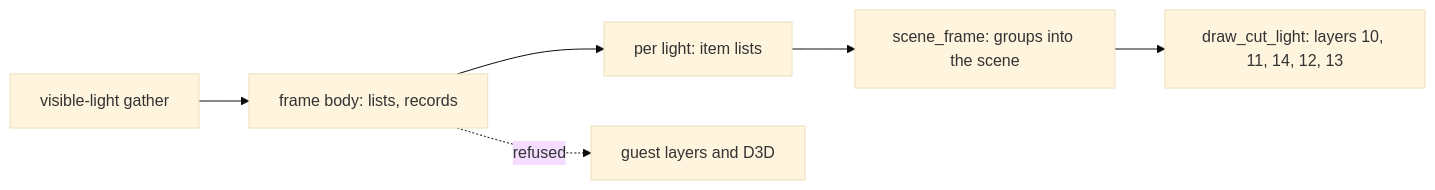
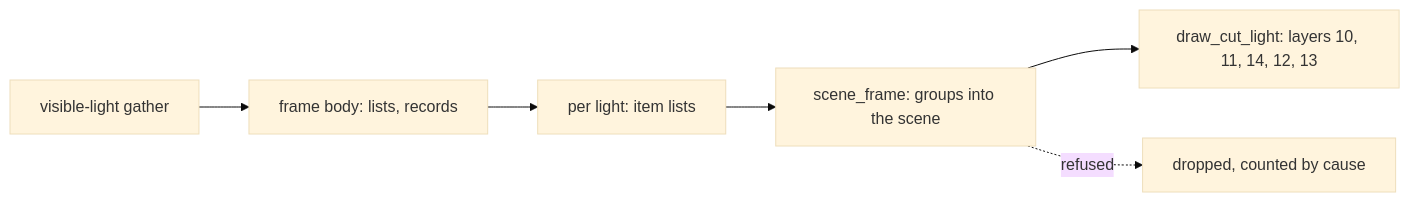
One commit to 0xdeafcafe/h2r changed the diagram in docs/graphics/native-lights.md. Above: the diagram before and after it, drawn with Mermaid (base theme). The commit also changed other lines of this file and 1 other file, not shown here.

Commit message:
Docs: first-person slots draw from the scene or are dropped by cause

````diff
--- a/docs/graphics/native-lights.md
+++ b/docs/graphics/native-lights.md
@@ -18,8 +18,8 @@
 ```mermaid
 flowchart LR
   G[visible-light gather] --> F[frame body: lists, records]
   F --> P[per light: item lists]
   P --> S[scene_frame: groups into the scene]
   S --> H[draw_cut_light: layers 10, 11, 14, 12, 13]
-  F -.refused.-> D[guest layers and D3D]
+  S -.refused.-> D[dropped, counted by cause]
 ```
````
